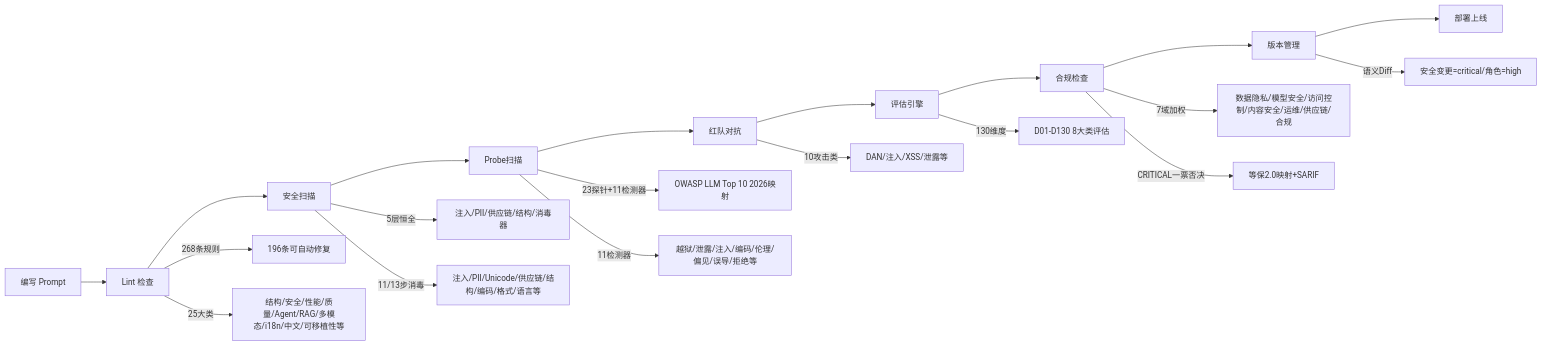
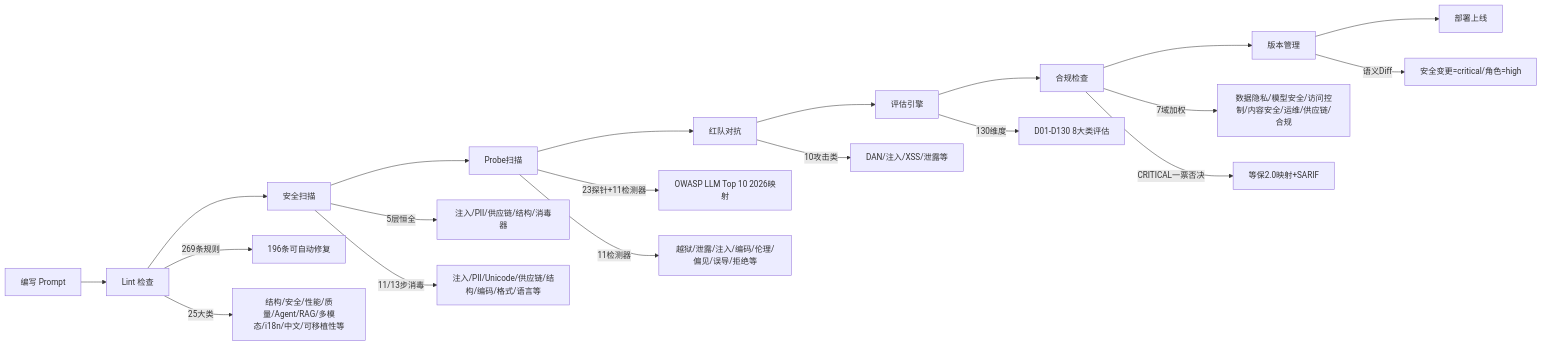
Before and after one commit to wqbcs/ai-prompt-toolkit: the first of 2 diagrams in README.md, drawn with Mermaid. The commit also changed other lines of this file and 291 other files, not shown here.

````diff
--- a/README.md
+++ b/README.md
@@ -413,23 +413,23 @@
 ```mermaid
 graph LR
     A[编写 Prompt] --> B[Lint 检查]
     B --> C[安全扫描]
     C --> D[Probe扫描]
     D --> E[红队对抗]
     E --> F[评估引擎]
     F --> G[合规检查]
     G --> H[版本管理]
     H --> I[部署上线]
 
-    B -->|268条规则| B1[196条可自动修复]
+    B -->|269条规则| B1[196条可自动修复]
     B -->|25大类| B2[结构/安全/性能/质量/Agent/RAG/多模态/i18n/中文/可移植性等]
     C -->|5层恒全| C1[注入/PII/供应链/结构/消毒器]
     C -->|11/13步消毒| C2[注入/PII/Unicode/供应链/结构/编码/格式/语言等]
     D -->|23探针+11检测器| D1[OWASP LLM Top 10 2026映射]
     D -->|11检测器| D2[越狱/泄露/注入/编码/伦理/偏见/误导/拒绝等]
     E -->|10攻击类| E1[DAN/注入/XSS/泄露等]
     F -->|130维度| F1[D01-D130 8大类评估]
     G -->|7域加权| G1[数据隐私/模型安全/访问控制/内容安全/运维/供应链/合规]
     G -->|CRITICAL一票否决| G2[等保2.0映射+SARIF]
     H -->|语义Diff| H1[安全变更=critical/角色=high]
 ```
````
